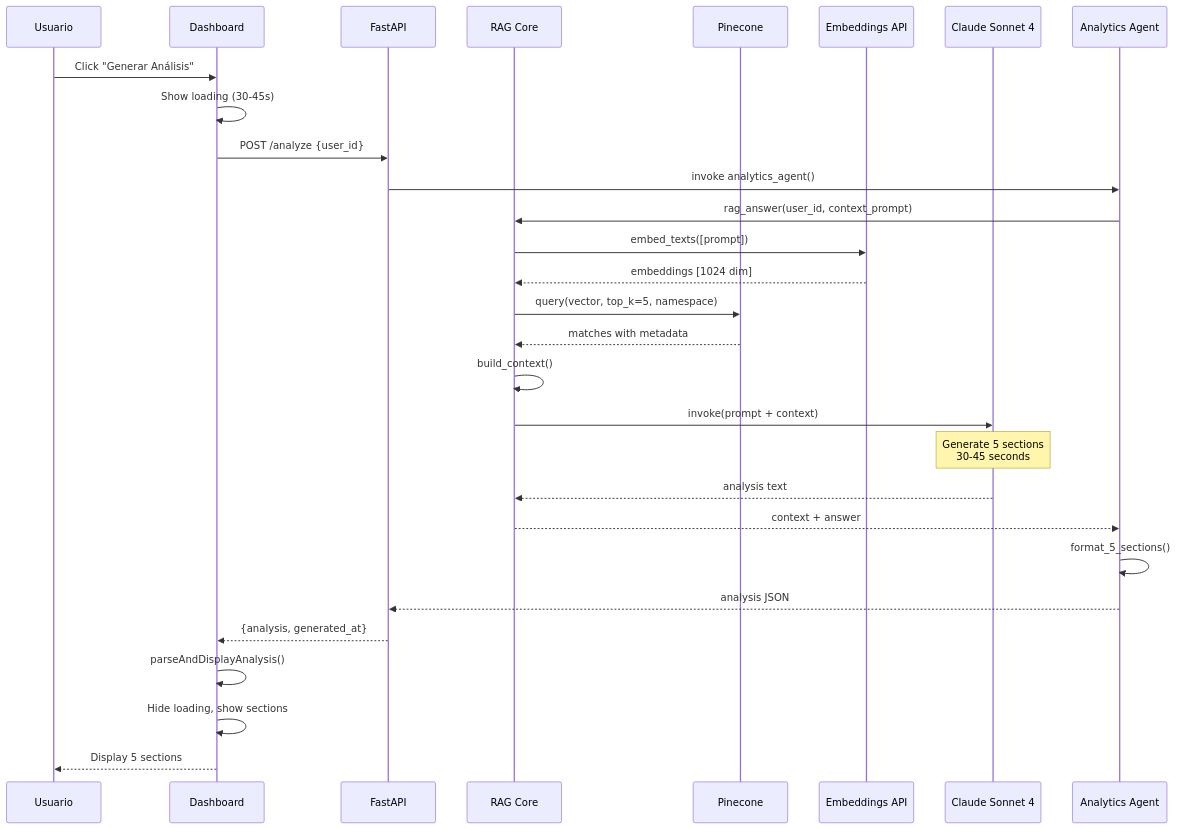
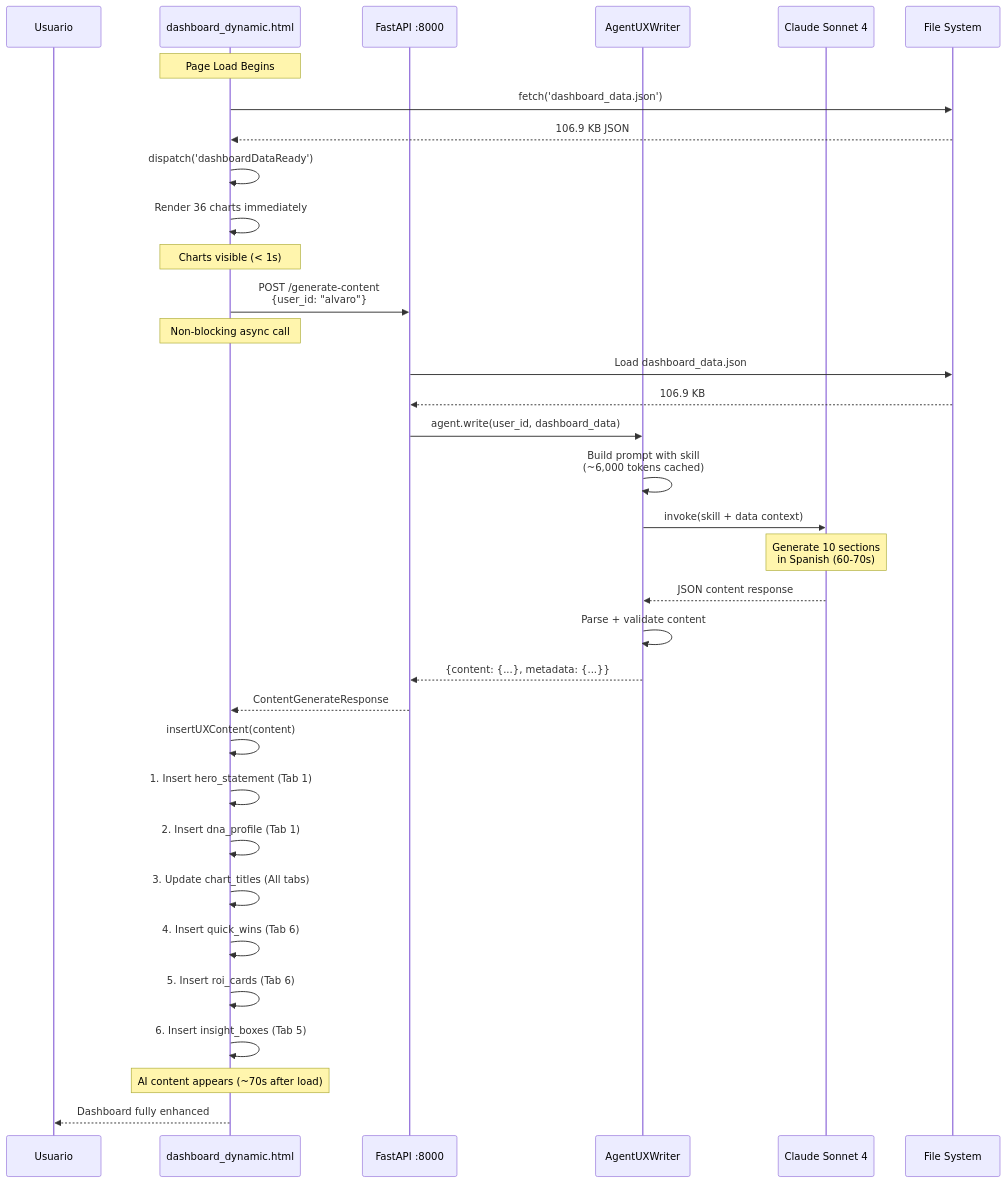
One commit to AlvGolf/AlvGolf-Identity-EngineV3 changed the second of 8 diagrams in ARCHITECTURE.md. Above: the diagram before and after it, drawn with Mermaid. The commit also changed other lines of this file, not shown here.

Commit message:
docs: Add comprehensive architecture diagrams v3.0.1

````diff
--- a/ARCHITECTURE.md
+++ b/ARCHITECTURE.md
@@ -60,32 +93,48 @@
 ```mermaid
 sequenceDiagram
     participant U as Usuario
-    participant D as Dashboard
-    participant F as FastAPI
-    participant R as RAG Core
-    participant P as Pinecone
-    participant E as Embeddings API
-    participant C as Claude Sonnet 4
-    participant A as Analytics Agent
+    participant FE as dashboard_dynamic.html
+    participant API as FastAPI :8000
+    participant UXW as AgentUXWriter
+    participant CL as Claude Sonnet 4
+    participant FS as File System
 
-    U->>D: Click "Generar Análisis"
-    D->>D: Show loading (30-45s)
-    D->>F: POST /analyze {user_id}
-    F->>A: invoke analytics_agent()
-    A->>R: rag_answer(user_id, context_prompt)
-    R->>E: embed_texts([prompt])
-    E-->>R: embeddings [1024 dim]
-    R->>P: query(vector, top_k=5, namespace)
-    P-->>R: matches with metadata
-    R->>R: build_context()
-    R->>C: invoke(prompt + context)
-    Note over C: Generate 5 sections<br/>30-45 seconds
-    C-->>R: analysis text
-    R-->>A: context + answer
-    A->>A: format_5_sections()
-    A-->>F: analysis JSON
-    F-->>D: {analysis, generated_at}
-    D->>D: parseAndDisplayAnalysis()
-    D->>D: Hide loading, show sections
-    D-->>U: Display 5 sections
+    Note over FE: Page Load Begins
+
+    FE->>FS: fetch('dashboard_data.json')
+    FS-->>FE: 106.9 KB JSON
+    FE->>FE: dispatch('dashboardDataReady')
+    FE->>FE: Render 36 charts immediately
+
+    Note over FE: Charts visible (< 1s)
+
+    FE->>API: POST /generate-content<br/>{user_id: "alvaro"}
+    Note over FE: Non-blocking async call
+
+    API->>FS: Load dashboard_data.json
+    FS-->>API: 106.9 KB
+
+    API->>UXW: agent.write(user_id, dashboard_data)
+    UXW->>UXW: Build prompt with skill<br/>(~6,000 tokens cached)
+    UXW->>CL: invoke(skill + data context)
+
+    Note over CL: Generate 10 sections<br/>in Spanish (60-70s)
+
+    CL-->>UXW: JSON content response
+    UXW->>UXW: Parse + validate content
+    UXW-->>API: {content: {...}, metadata: {...}}
+
+    API-->>FE: ContentGenerateResponse
+
+    FE->>FE: insertUXContent(content)
+    FE->>FE: 1. Insert hero_statement (Tab 1)
+    FE->>FE: 2. Insert dna_profile (Tab 1)
+    FE->>FE: 3. Update chart_titles (All tabs)
+    FE->>FE: 4. Insert quick_wins (Tab 6)
+    FE->>FE: 5. Insert roi_cards (Tab 6)
+    FE->>FE: 6. Insert insight_boxes (Tab 5)
+
+    Note over FE: AI content appears (~70s after load)
+
+    FE-->>U: Dashboard fully enhanced
 ```
````
